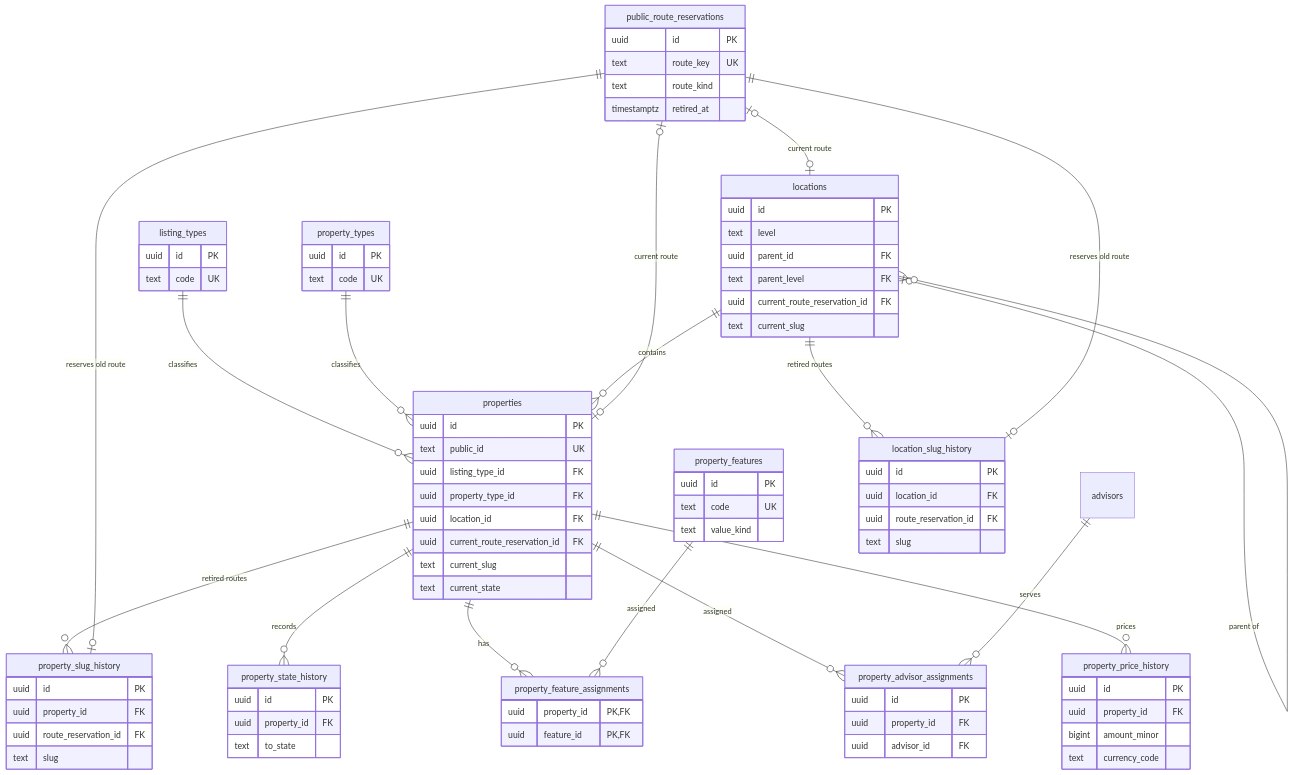
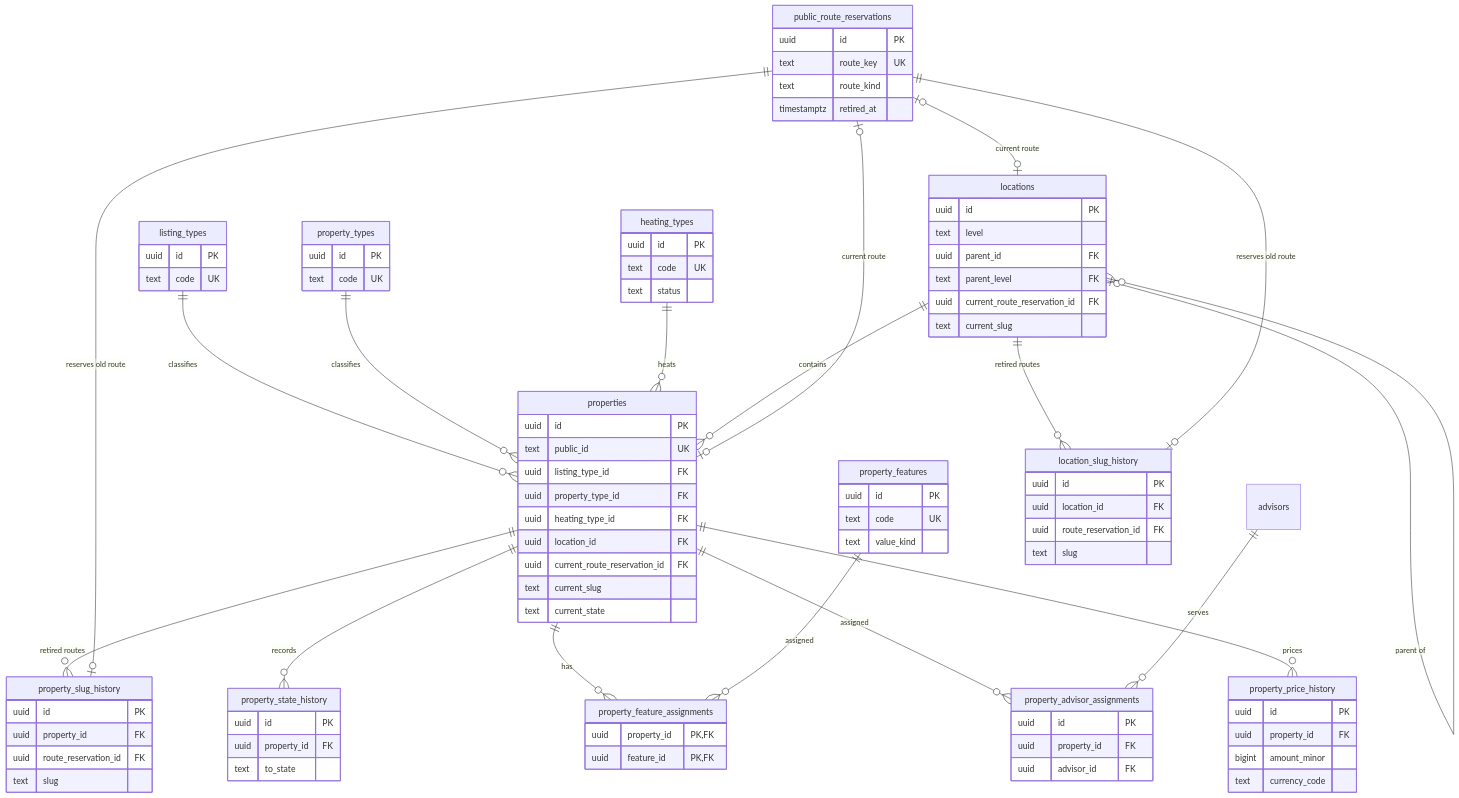
One commit to aydemir0/emlak-platformu changed the third of 8 diagrams in docs/database/erd.md. Above: the diagram before and after it, drawn with Mermaid. The commit also changed other lines of this file and 69 other files, not shown here.

```diff
--- a/docs/database/erd.md
+++ b/docs/database/erd.md
@@ -74,6 +74,7 @@
 erDiagram
   listing_types ||--o{ properties : "classifies"
   property_types ||--o{ properties : "classifies"
+  heating_types ||--o{ properties : "heats"
   locations o|--o{ locations : "parent of"
   locations ||--o{ properties : "contains"
   properties ||--o{ property_state_history : "records"
@@ -97,11 +98,17 @@
     uuid id PK
     text code UK
   }
+  heating_types {
+    uuid id PK
+    text code UK
+    text status
+  }
   properties {
     uuid id PK
     text public_id UK
     uuid listing_type_id FK
     uuid property_type_id FK
+    uuid heating_type_id FK
     uuid location_id FK
     uuid current_route_reservation_id FK
     text current_slug
```
